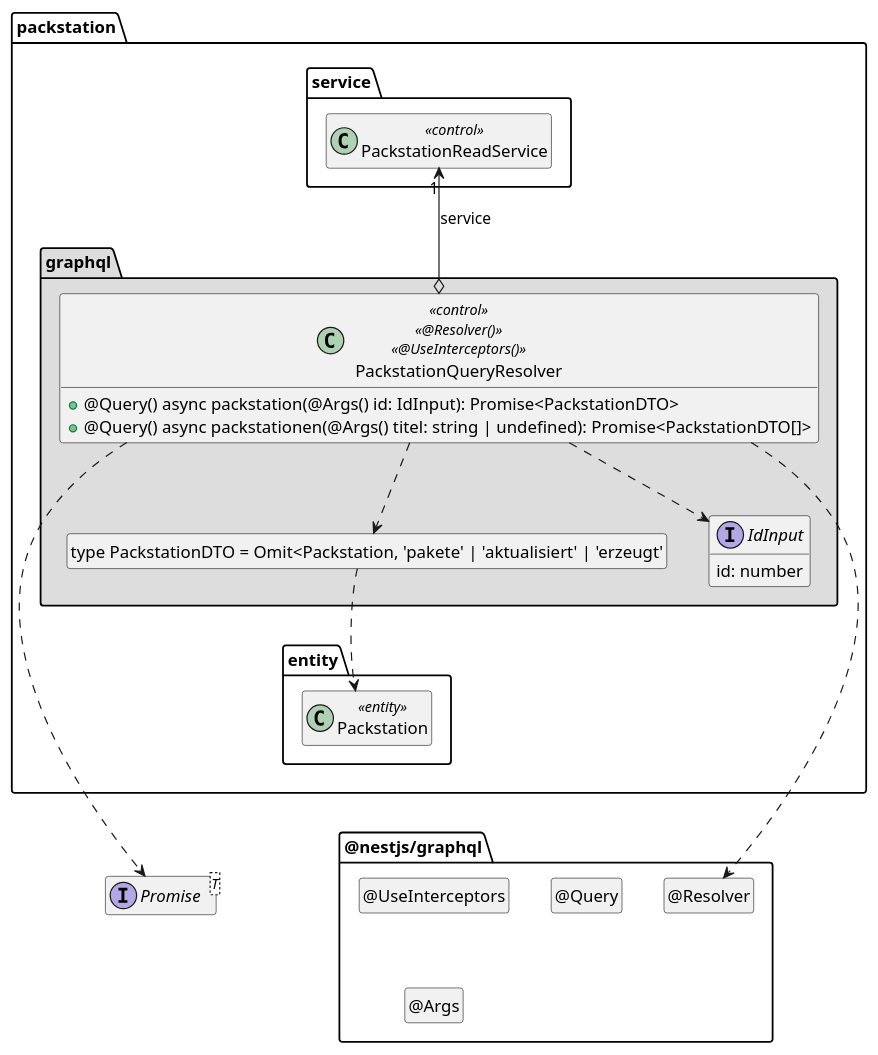
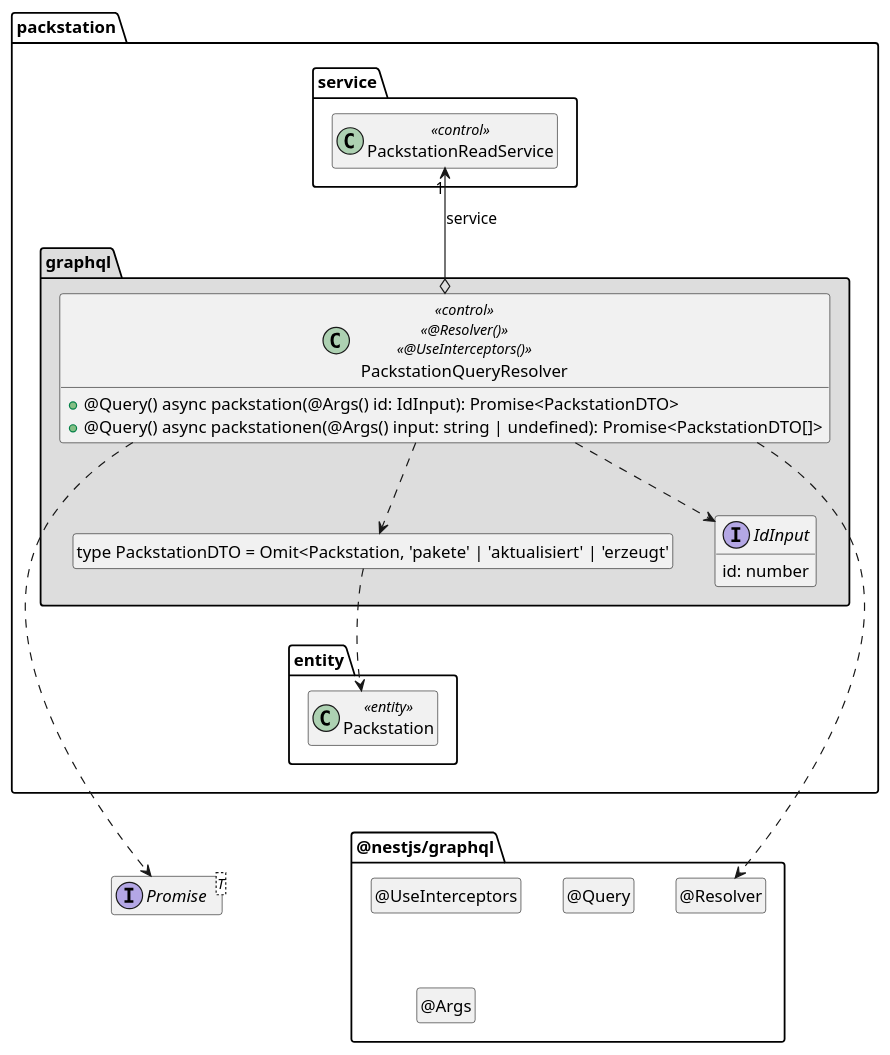
Before and after one commit to marius-a-mueller/kunstwerk: the diagram in .extras/doc/projekthandbuch/PackstationQueryResolver.plantuml, drawn with PlantUML. The commit also changed 7 other files, not shown here.

```diff
--- a/.extras/doc/projekthandbuch/PackstationQueryResolver.plantuml
+++ b/.extras/doc/projekthandbuch/PackstationQueryResolver.plantuml
@@ -1,61 +1,61 @@
 @startuml Controller-Klasse
 
 interface Promise<T>
 
 package @nestjs/graphql {
   class "@Resolver" as Resolver
   hide Resolver circle
 
   class "@UseInterceptors" as UseInterceptors
   hide UseInterceptors circle
 
   class "@Query" as Query
   hide Query circle
 
   class "@Args" as Args
   hide Args circle
 
   Resolver .left[hidden].> Promise
 }
 
 package packstation {
   package entity {
     class Packstation <<entity>>
   }
 
   package service {
     class PackstationReadService << control >>
   }
 
   package graphql #DDDDDD {
     class "type PackstationDTO = Omit<Packstation, 'pakete' | 'aktualisiert' | 'erzeugt'" as PackstationDTO
     hide PackstationDTO circle
 
     interface IdInput {
         id: number
     }
 
     class PackstationQueryResolver << control >> << @Resolver() >> << @UseInterceptors() >> {
       + @Query() async packstation(@Args() id: IdInput): Promise<PackstationDTO>
-      + @Query() async packstationen(@Args() titel: string | undefined): Promise<PackstationDTO[]>
+      + @Query() async packstationen(@Args() input: string | undefined): Promise<PackstationDTO[]>
     }
 
     PackstationQueryResolver o-up-> "1" PackstationReadService : service
     PackstationQueryResolver ..> PackstationDTO
     PackstationQueryResolver ..> IdInput
     PackstationDTO ..> Packstation
     PackstationQueryResolver ..> Resolver
 
     PackstationQueryResolver ..> Promise
 
     PackstationDTO .[hidden].> Packstation
     Packstation .[hidden].> Promise
     PackstationReadService .[hidden].> Promise
     Packstation .[hidden].> Resolver
     PackstationReadService .[hidden].> Resolver
   }
 }
 
 hide empty members
 
 @enduml
```
